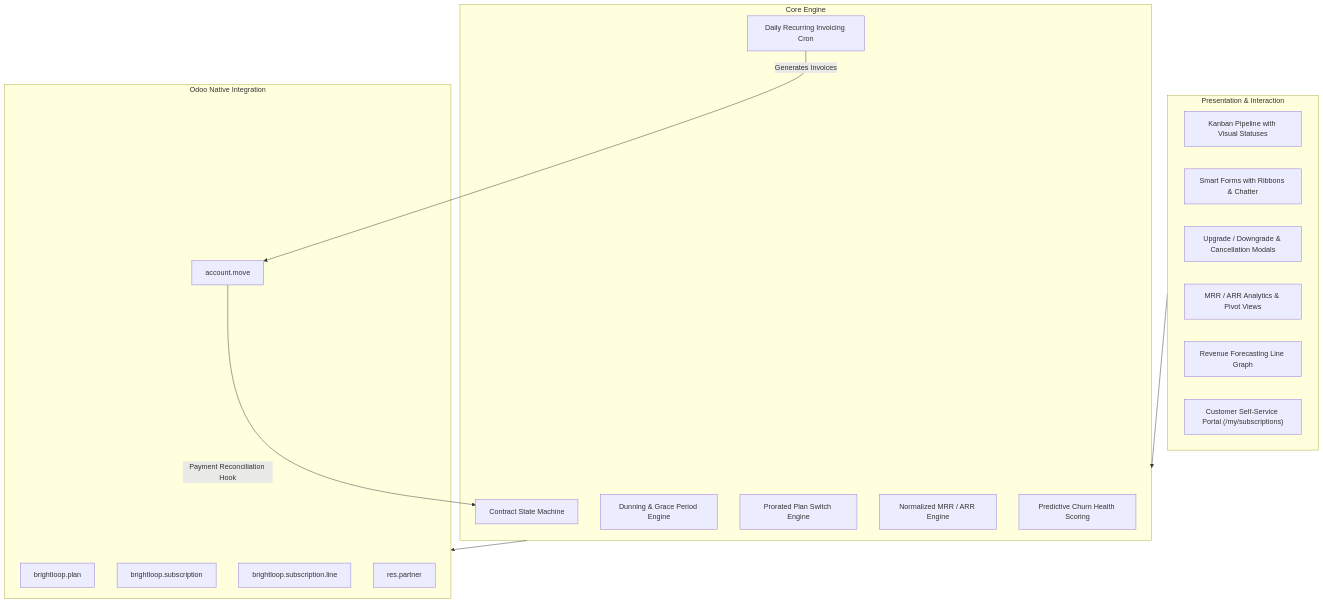
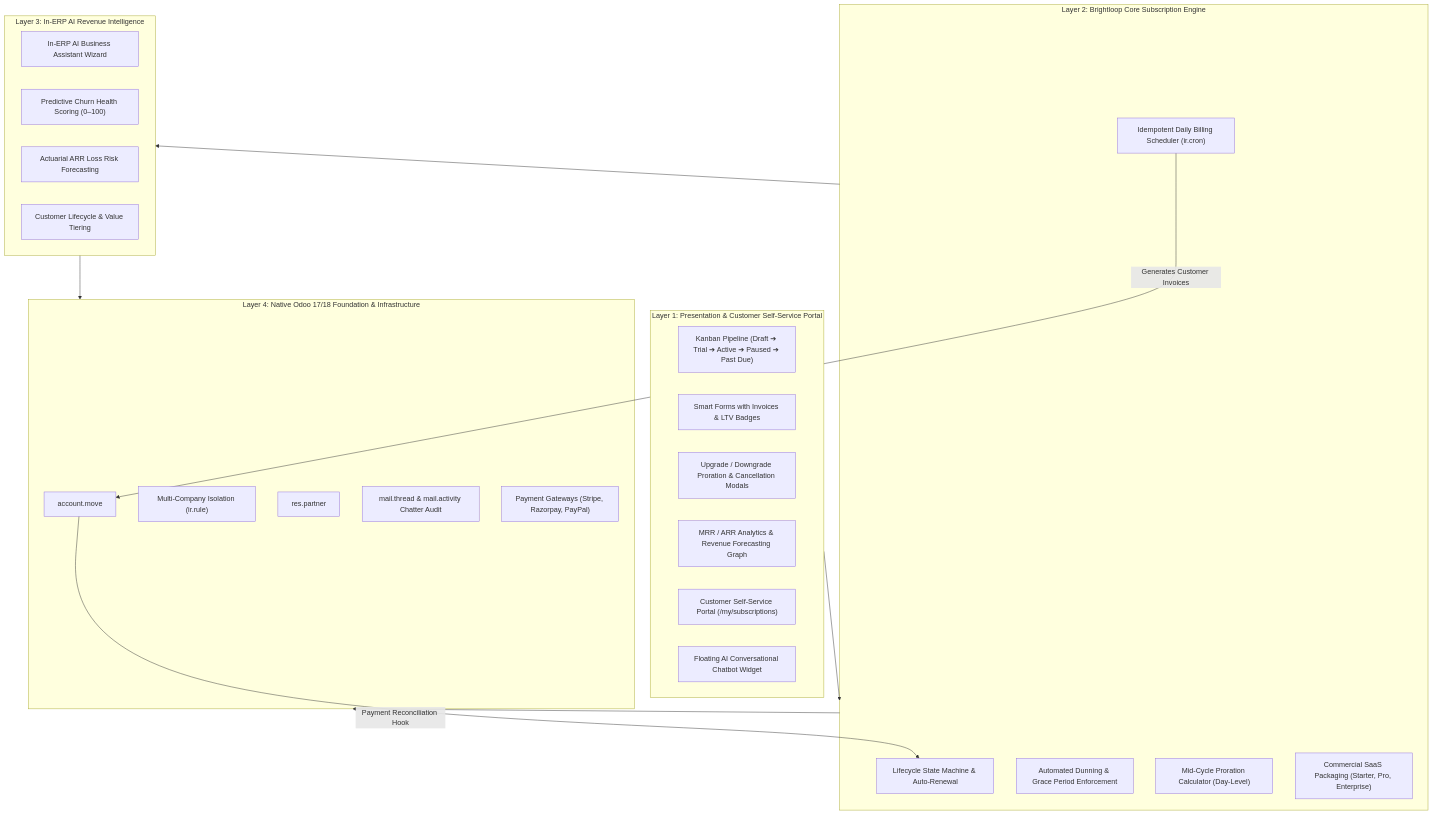
One commit to Mahadharani3003/Subscription_Management_System changed the diagram in README.md. Above: the diagram before and after it, drawn with Mermaid. The commit also changed other lines of this file and 4 other files, not shown here.

Commit message:
docs(demo): add light-mode architecture, remove navbar button & add professional 5min video script

````diff
--- a/README.md
+++ b/README.md
@@ -37,33 +37,41 @@
 ```mermaid
 flowchart TD
-    subgraph UI_Layer [Presentation & Interaction]
-        Kanban["Kanban Pipeline with Visual Statuses"]
-        Forms["Smart Forms with Ribbons & Chatter"]
-        Wizards["Upgrade / Downgrade & Cancellation Modals"]
-        Pivot["MRR / ARR Analytics & Pivot Views"]
-        Forecast["Revenue Forecasting Line Graph"]
+    subgraph Layer1 [Layer 1: Presentation & Customer Self-Service Portal]
+        Kanban["Kanban Pipeline (Draft ➔ Trial ➔ Active ➔ Paused ➔ Past Due)"]
+        Forms["Smart Forms with Invoices & LTV Badges"]
+        Wizards["Upgrade / Downgrade Proration & Cancellation Modals"]
+        Pivot["MRR / ARR Analytics & Revenue Forecasting Graph"]
         Portal["Customer Self-Service Portal (/my/subscriptions)"]
+        Chatbot["Floating AI Conversational Chatbot Widget"]
     end
 
-    subgraph Business_Engine [Core Engine]
-        StateMachine["Contract State Machine"]
-        BillingCron["Daily Recurring Invoicing Cron"]
-        Dunning["Dunning & Grace Period Engine"]
-        Proration["Prorated Plan Switch Engine"]
-        MRR["Normalized MRR / ARR Engine"]
-        HealthScore["Predictive Churn Health Scoring"]
+    subgraph Layer2 [Layer 2: Brightloop Core Subscription Engine]
+        StateMachine["Lifecycle State Machine & Auto-Renewal"]
+        BillingCron["Idempotent Daily Billing Scheduler (ir.cron)"]
+        Dunning["Automated Dunning & Grace Period Enforcement"]
+        Proration["Mid-Cycle Proration Calculator (Day-Level)"]
+        Packaging["Commercial SaaS Packaging (Starter, Pro, Enterprise)"]
     end
 
-    subgraph Native_Odoo [Odoo Native Integration]
-        Plan["brightloop.plan"]
-        Sub["brightloop.subscription"]
-        Lines["brightloop.subscription.line"]
-        Partner["res.partner <Extended with LTV & Segments>"]
-        AccountMove["account.move <Native Invoices & Auto-Recovery>"]
+    subgraph Layer3 [Layer 3: In-ERP AI Revenue Intelligence]
+        AIAssistant["In-ERP AI Business Assistant Wizard"]
+        ChurnScoring["Predictive Churn Health Scoring (0–100)"]
+        ActuarialLoss["Actuarial ARR Loss Risk Forecasting"]
+        Segmentation["Customer Lifecycle & Value Tiering"]
     end
 
-    UI_Layer --> Business_Engine
-    Business_Engine --> Native_Odoo
-    BillingCron -->|Generates Invoices| AccountMove
+    subgraph Layer4 [Layer 4: Native Odoo 17/18 Foundation & Infrastructure]
+        AccountMove["account.move <Native Invoices & Auto-Recovery>"]
+        MultiCompany["Multi-Company Isolation (ir.rule)"]
+        ResPartner["res.partner <Customer Profiles & LTV>"]
+        MailThread["mail.thread & mail.activity Chatter Audit"]
+        Gateways["Payment Gateways (Stripe, Razorpay, PayPal)"]
+    end
+
+    Layer1 --> Layer2
+    Layer2 --> Layer3
+    Layer2 --> Layer4
+    Layer3 --> Layer4
+    BillingCron -->|Generates Customer Invoices| AccountMove
     AccountMove -->|Payment Reconciliation Hook| StateMachine
 ```
````
